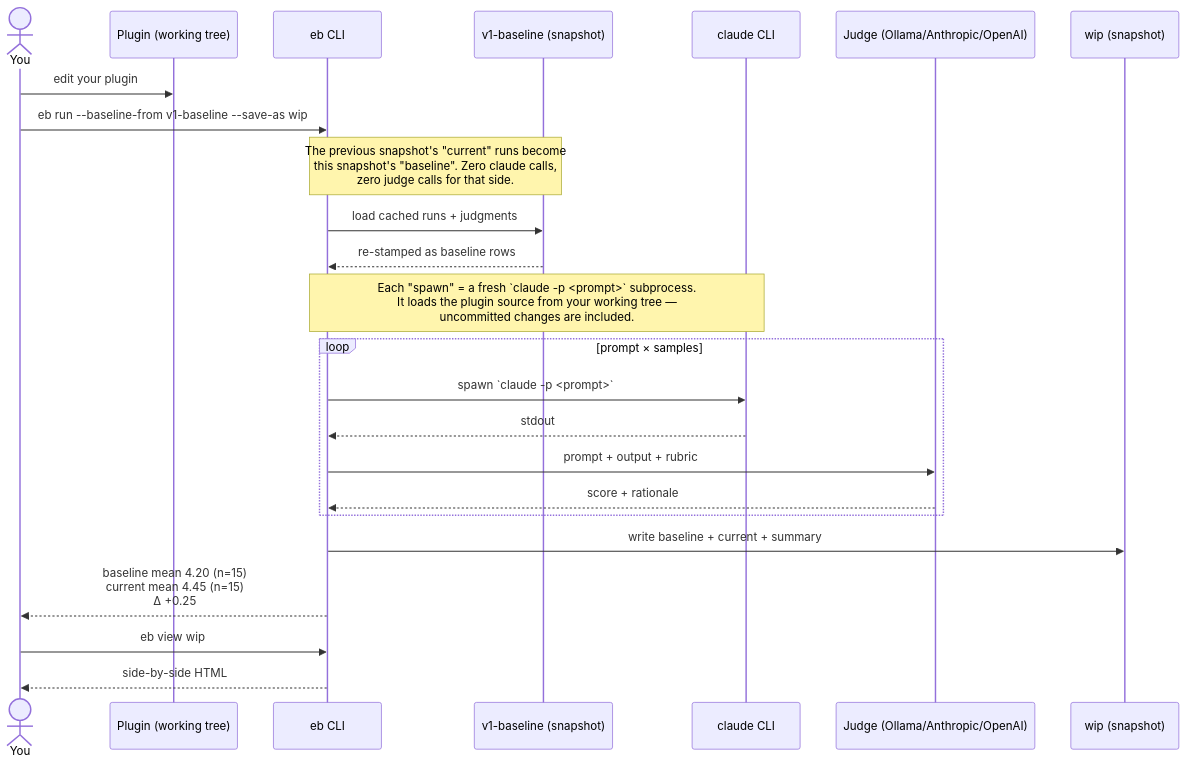
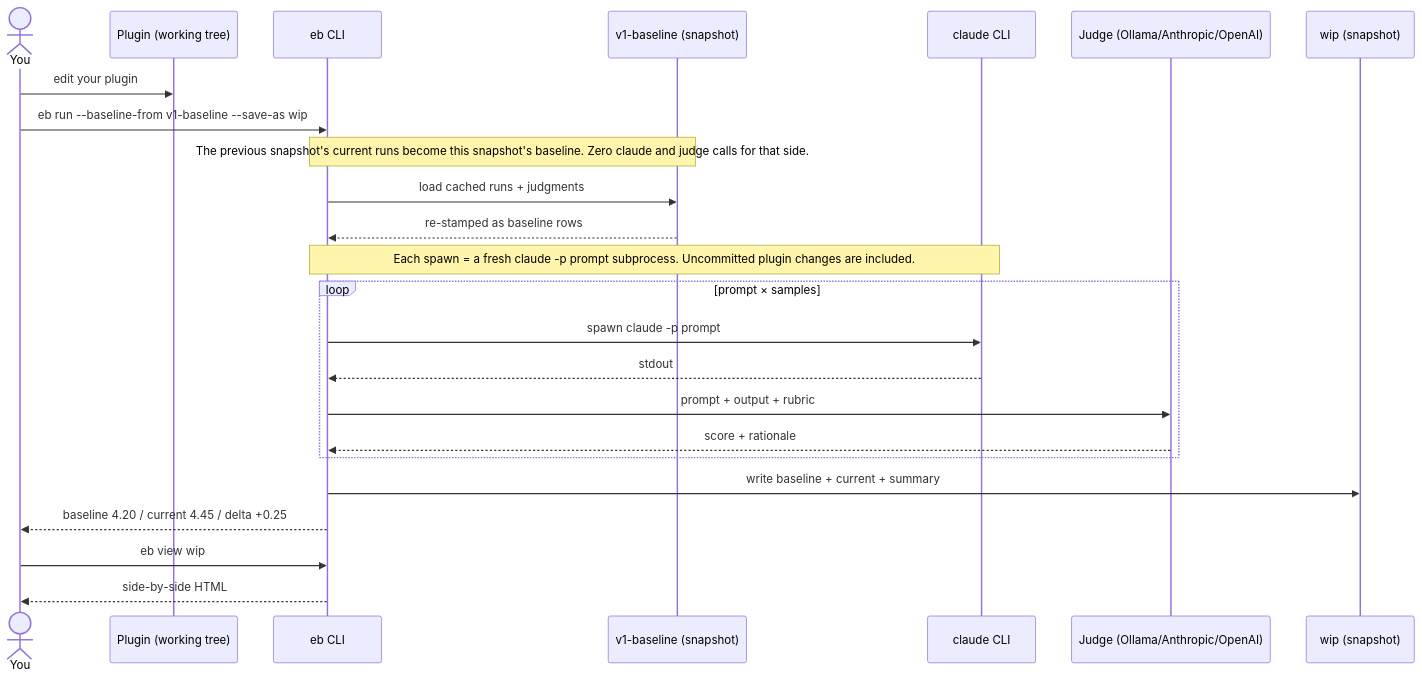
Before and after one commit to derberg/eval-bench: the second of 4 diagrams in README.md, drawn with Mermaid. The commit also changed other lines of this file, not shown here.

Commit message:
fix: remove all br tags from mermaid diagrams — not supported by GitHub renderer

````diff
--- a/README.md
+++ b/README.md
@@ -79,30 +79,30 @@
 ```mermaid
 sequenceDiagram
     actor You
     participant tree as Plugin (working tree)
     participant eb as eb CLI
     participant prev as v1-baseline (snapshot)
     participant claude as claude CLI
     participant judge as Judge (Ollama/Anthropic/OpenAI)
     participant snap as wip (snapshot)
 
     You->>tree: edit your plugin
     You->>eb: eb run --baseline-from v1-baseline --save-as wip
 
-    Note over eb,prev: The previous snapshot's "current" runs become<br/>this snapshot's "baseline". Zero claude calls,<br/>zero judge calls for that side.
+    Note over eb,prev: The previous snapshot's current runs become this snapshot's baseline. Zero claude and judge calls for that side.
     eb->>prev: load cached runs + judgments
     prev-->>eb: re-stamped as baseline rows
 
-    Note over eb,claude: Each "spawn" = a fresh `claude -p <prompt>` subprocess.<br/>It loads the plugin source from your working tree —<br/>uncommitted changes are included.
+    Note over eb,claude: Each spawn = a fresh claude -p prompt subprocess. Uncommitted plugin changes are included.
     loop prompt × samples
-        eb->>claude: spawn `claude -p <prompt>`
+        eb->>claude: spawn claude -p prompt
         claude-->>eb: stdout
         eb->>judge: prompt + output + rubric
         judge-->>eb: score + rationale
     end
 
     eb->>snap: write baseline + current + summary
-    eb-->>You: baseline mean 4.20 (n=15)<br/>current  mean 4.45 (n=15)<br/>Δ +0.25
+    eb-->>You: baseline 4.20 / current 4.45 / delta +0.25
     You->>eb: eb view wip
     eb-->>You: side-by-side HTML
 ```
````
